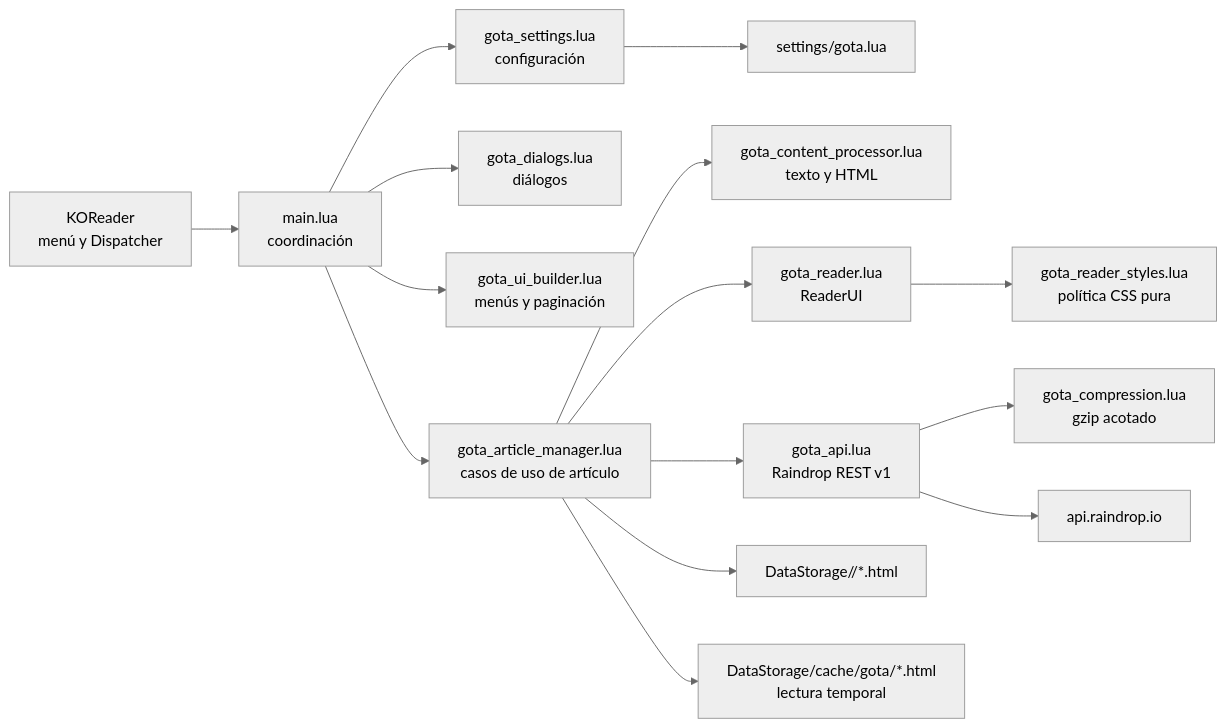
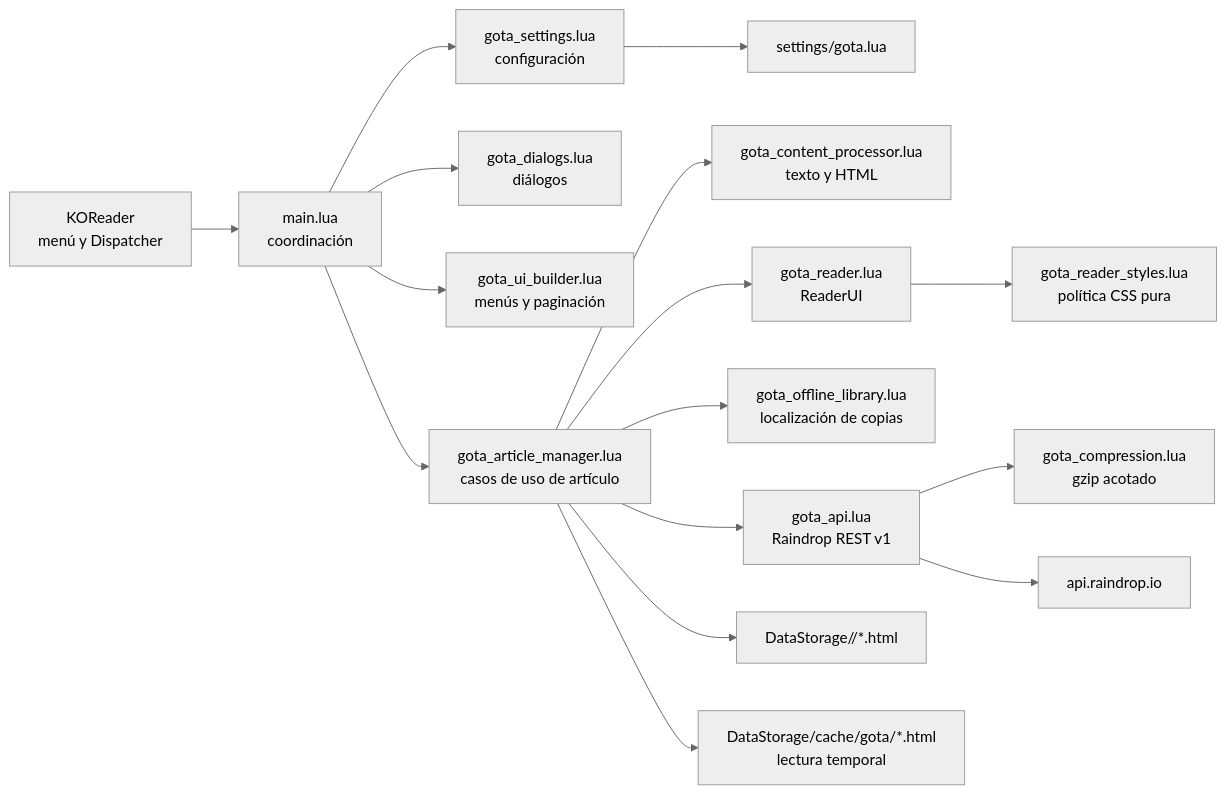
The first of 2 diagrams in gota.koplugin/ARCHITECTURE.md (cristenger/gota.koplugin-for-raindrop), drawn with Mermaid (neutral theme) before and after one commit. The commit also changed other lines of this file and 2 other files, not shown here.

First line of the commit message:
docs: document offline article reading

````diff
--- a/gota.koplugin/ARCHITECTURE.md
+++ b/gota.koplugin/ARCHITECTURE.md
@@ -13,17 +13,18 @@
 ```mermaid
 flowchart LR
     K["KOReader<br/>menú y Dispatcher"] --> M["main.lua<br/>coordinación"]
     M --> S["gota_settings.lua<br/>configuración"]
     M --> D["gota_dialogs.lua<br/>diálogos"]
     M --> U["gota_ui_builder.lua<br/>menús y paginación"]
     M --> A["gota_article_manager.lua<br/>casos de uso de artículo"]
     A --> C["gota_content_processor.lua<br/>texto y HTML"]
     A --> R["gota_reader.lua<br/>ReaderUI"]
     R --> Y["gota_reader_styles.lua<br/>política CSS pura"]
+    A --> O["gota_offline_library.lua<br/>localización de copias"]
     A --> P["gota_api.lua<br/>Raindrop REST v1"]
     P --> Z["gota_compression.lua<br/>gzip acotado"]
     P --> X["api.raindrop.io"]
     S --> F["settings/gota.lua"]
     A --> H["DataStorage/<download_path>/*.html"]
     A --> T["DataStorage/cache/gota/*.html<br/>lectura temporal"]
 ```
````
